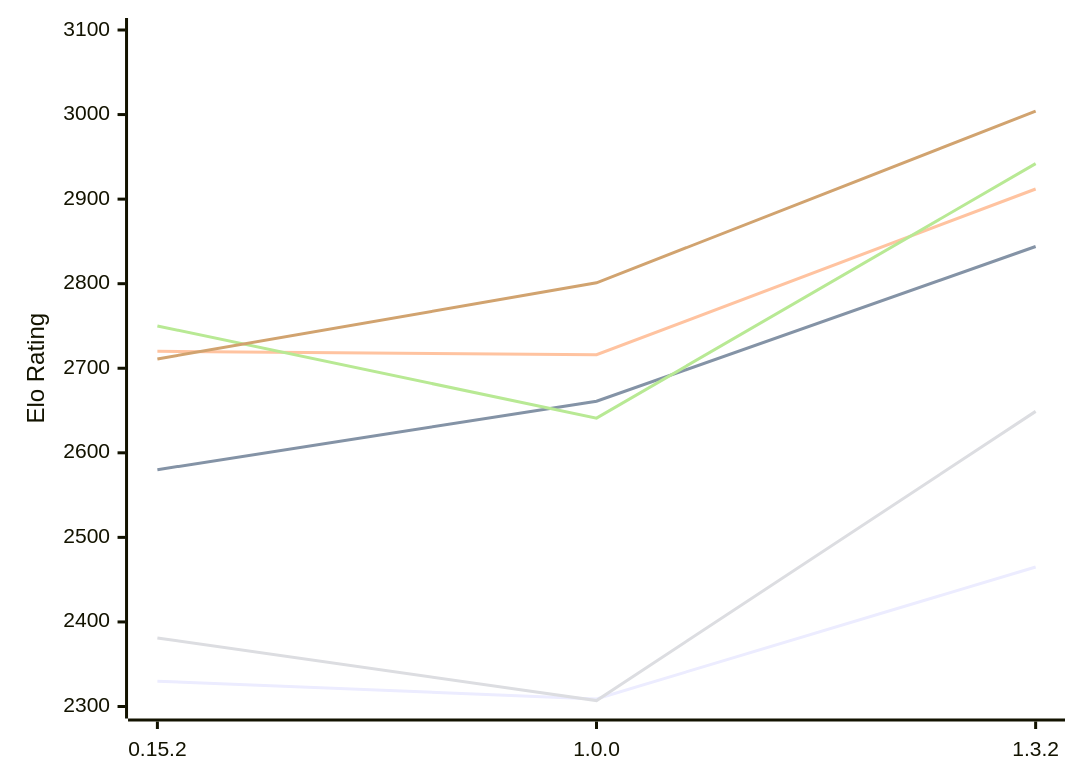
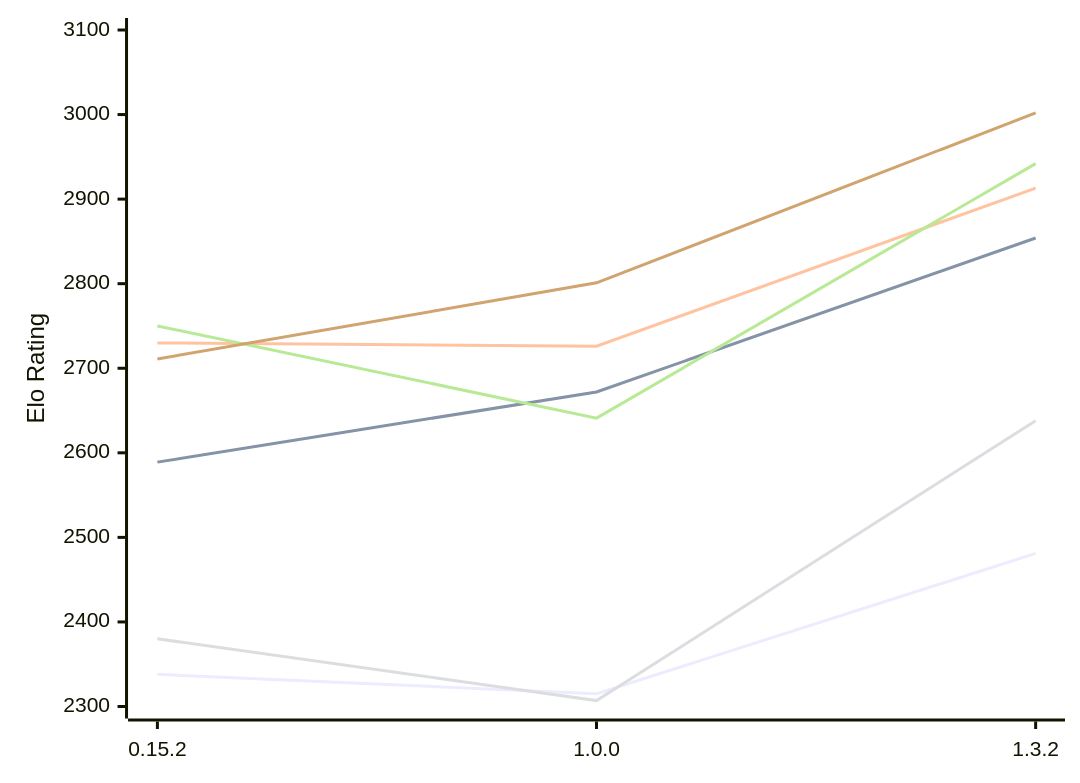
One commit to computer-chess-index/cci changed the diagram in engines/ElephantGambit.md. Above: the diagram before and after it, drawn with Mermaid. The commit also changed other lines of this file, not shown here.

Commit message:
Update CCI Ratings (ELO VLTC) - 2026-11-07

````diff
--- a/engines/ElephantGambit.md
+++ b/engines/ElephantGambit.md
@@ -52,12 +52,12 @@
 ```mermaid
 %%{init: {"theme":"base","themeVariables":{"seriesColors:['#a3a3a3','#222221','#faa371']}}}%%
 xychart-beta
   x-axis ["0.15.2", "1.0.0", "1.3.2"]
   y-axis "Elo Rating" 2300 --> 3100
-  line "E1: STC (8.0+0.08s)" [2330, 2309, 2465]
-  line "E1: LTC (60.0+0.60s)" [2580, 2661, 2844]
-  line "E1: VLTC (2m24s+1.12s)" [2720, 2716, 2912]
-  line "P1: STC (8.0+0.08s)" [2381, 2307, 2649]
+  line "E1: STC (8.0+0.08s)" [2338, 2315, 2481]
+  line "E1: LTC (60.0+0.60s)" [2589, 2672, 2854]
+  line "E1: VLTC (2m24s+1.12s)" [2730, 2726, 2913]
+  line "P1: STC (8.0+0.08s)" [2380, 2307, 2638]
   line "P1: LTC (60.0+0.60s)" [2750, 2641, 2942]
-  line "P1: VLTC (2m24s+1.12s)" [2711, 2801, 3004]
+  line "P1: VLTC (2m24s+1.12s)" [2711, 2801, 3002]
 ```
````
